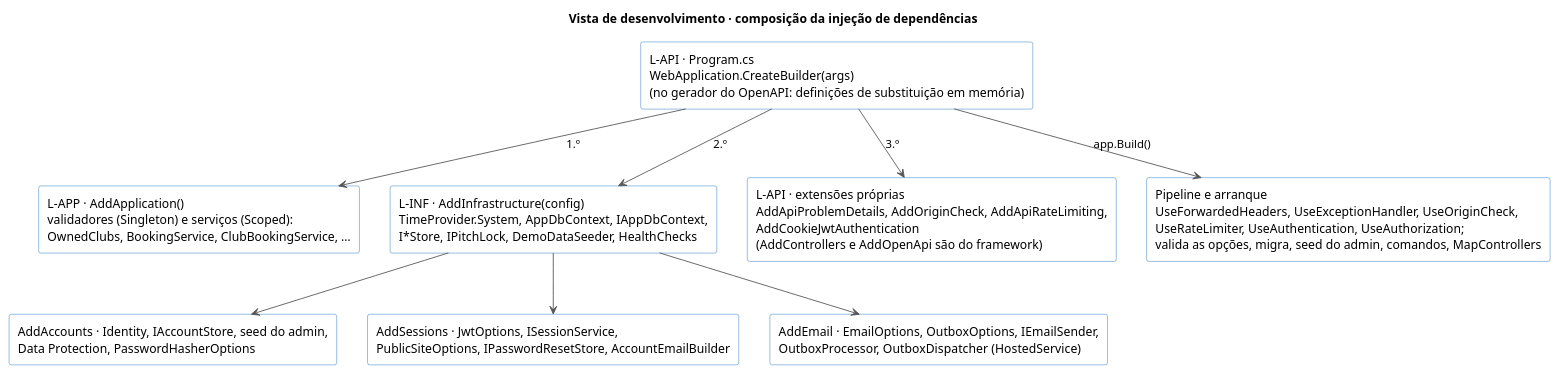
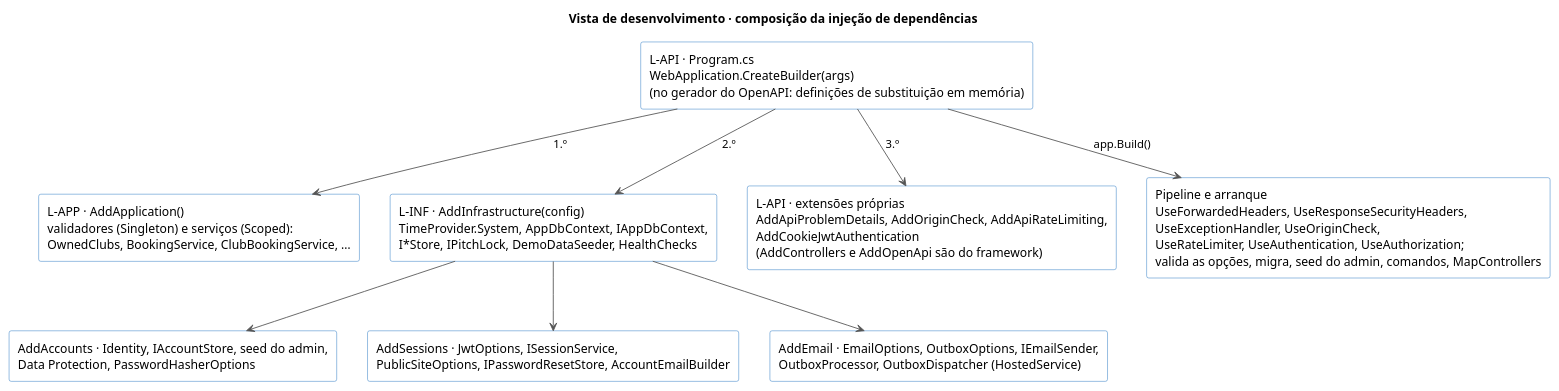
The diagram in docs/architecture/diagrams/05-dev-di.puml (rodrigo4sousa/SportsEstablishments), drawn with PlantUML before and after one commit. The commit also changed 27 other files, not shown here.

```diff
--- a/docs/architecture/diagrams/05-dev-di.puml
+++ b/docs/architecture/diagrams/05-dev-di.puml
@@ -2,29 +2,29 @@
 @startuml 05-dev-di
 title Vista de desenvolvimento · composição da injeção de dependências
 
 skinparam shadowing false
 skinparam rectangle {
   BackgroundColor White
   BorderColor #1168BD
 }
 skinparam ArrowColor #555555
 skinparam defaultTextAlignment left
 
 rectangle "L-API · Program.cs\nWebApplication.CreateBuilder(args)\n(no gerador do OpenAPI: definições de substituição em memória)" as PROG
 rectangle "L-APP · AddApplication()\nvalidadores (Singleton) e serviços (Scoped):\nOwnedClubs, BookingService, ClubBookingService, …" as ADDAPP
 rectangle "L-INF · AddInfrastructure(config)\nTimeProvider.System, AppDbContext, IAppDbContext,\nI*Store, IPitchLock, DemoDataSeeder, HealthChecks" as ADDINF
 rectangle "AddAccounts · Identity, IAccountStore, seed do admin,\nData Protection, PasswordHasherOptions" as ADDACC
 rectangle "AddSessions · JwtOptions, ISessionService,\nPublicSiteOptions, IPasswordResetStore, AccountEmailBuilder" as ADDSES
 rectangle "AddEmail · EmailOptions, OutboxOptions, IEmailSender,\nOutboxProcessor, OutboxDispatcher (HostedService)" as ADDMAIL
 rectangle "L-API · extensões próprias\nAddApiProblemDetails, AddOriginCheck, AddApiRateLimiting,\nAddCookieJwtAuthentication\n(AddControllers e AddOpenApi são do framework)" as ADDAPI
-rectangle "Pipeline e arranque\nUseForwardedHeaders, UseExceptionHandler, UseOriginCheck,\nUseRateLimiter, UseAuthentication, UseAuthorization;\nvalida as opções, migra, seed do admin, comandos, MapControllers" as PIPE
+rectangle "Pipeline e arranque\nUseForwardedHeaders, UseResponseSecurityHeaders,\nUseExceptionHandler, UseOriginCheck,\nUseRateLimiter, UseAuthentication, UseAuthorization;\nvalida as opções, migra, seed do admin, comandos, MapControllers" as PIPE
 
 PROG --> ADDAPP : 1.º
 PROG --> ADDINF : 2.º
 ADDINF --> ADDACC
 ADDINF --> ADDSES
 ADDINF --> ADDMAIL
 PROG --> ADDAPI : 3.º
 PROG --> PIPE : app.Build()
 
 @enduml
```
